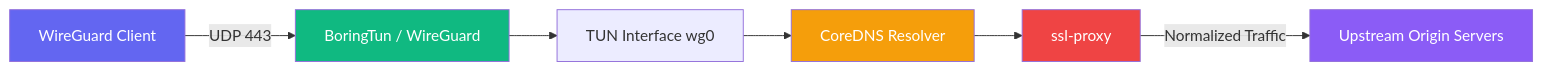
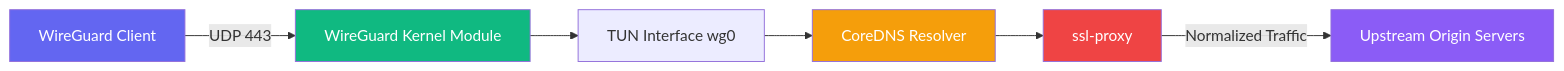
The diagram in docs/architecture.md (cloudflare/boringtun), drawn with Mermaid before and after one commit. The commit also changed other lines of this file and 85 other files, not shown here.

````diff
--- a/docs/architecture.md
+++ b/docs/architecture.md
@@ -5,14 +5,14 @@
 ```mermaid
 flowchart LR
-    C[WireGuard Client] -->|UDP 443| WG[BoringTun / WireGuard]
+    C[WireGuard Client] -->|UDP 443| WG[WireGuard Kernel Module]
     WG --> TUN[TUN Interface wg0]
     TUN --> DNS[CoreDNS Resolver]
     DNS --> PROXY[ssl-proxy]
     PROXY -->|Normalized Traffic| ORIGIN[Upstream Origin Servers]
     
     style C fill:#6366f1,color:white
     style WG fill:#10b981,color:white
     style DNS fill:#f59e0b,color:white
     style PROXY fill:#ef4444,color:white
     style ORIGIN fill:#8b5cf6,color:white
 ```
````
